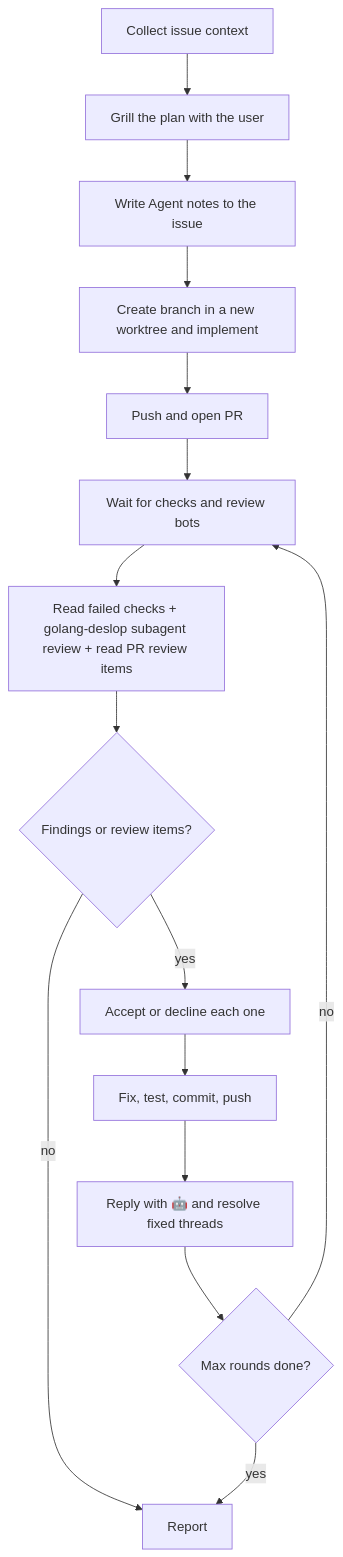
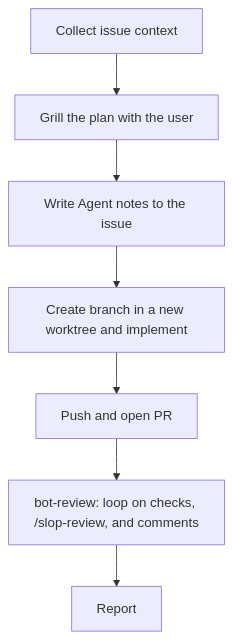
The diagram in skills/bot-implement/README.md (crosleyzack/skills), drawn with Mermaid before and after one commit. The commit also changed other lines of this file and 4 other files, not shown here.

Commit message:
add bot-review

````diff
--- a/skills/bot-implement/README.md
+++ b/skills/bot-implement/README.md
@@ -16,17 +16,9 @@
 ```mermaid
 flowchart TD
     A[Collect issue context] --> B[Grill the plan with the user]
     B --> C[Write Agent notes to the issue]
     C --> D[Create branch in a new worktree and implement]
     D --> E[Push and open PR]
-    E --> W[Wait for checks and review bots]
-    W --> F[Read failed checks + golang-deslop subagent review + read PR review items]
-    F --> G{Findings or review items?}
-    G -- no --> R[Report]
-    G -- yes --> H[Accept or decline each one]
-    H --> I[Fix, test, commit, push]
-    I --> J[Reply with 🤖 and resolve fixed threads]
-    J --> K{Max rounds done?}
-    K -- no --> W
-    K -- yes --> R
+    E --> V[bot-review: loop on checks, /slop-review, and comments]
+    V --> R[Report]
 ```
````
